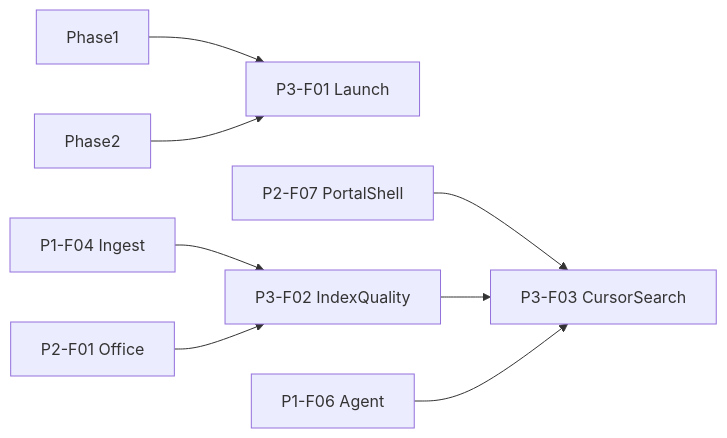
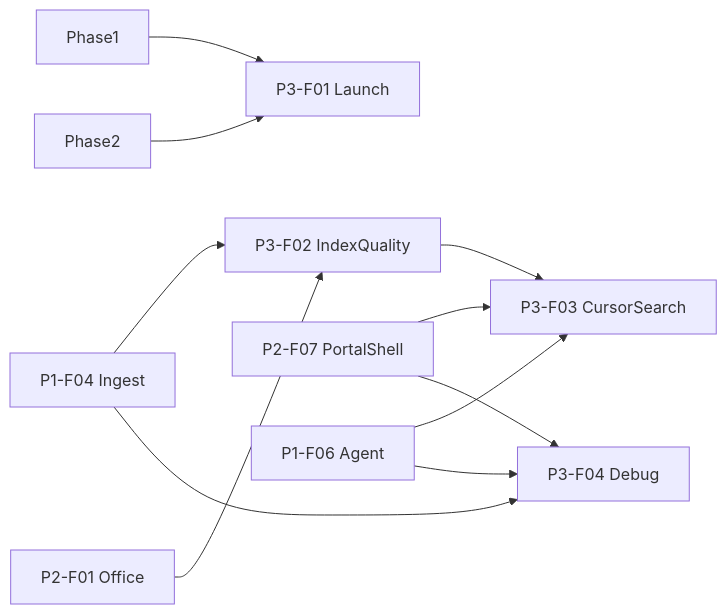
One commit to zmisi/rag-as-service changed the diagram in docs/specs/phase3/01-feature-list.md. Above: the diagram before and after it, drawn with Mermaid. The commit also changed other lines of this file and 8 other files, not shown here.

````diff
--- a/docs/specs/phase3/01-feature-list.md
+++ b/docs/specs/phase3/01-feature-list.md
@@ -13,10 +14,13 @@
 ```mermaid
 flowchart LR
   P1[Phase1] --> P3F01[P3-F01 Launch]
   P2[Phase2] --> P3F01
   P1F04[P1-F04 Ingest] --> P3F02[P3-F02 IndexQuality]
   P2F01[P2-F01 Office] --> P3F02
   P2F07[P2-F07 PortalShell] --> P3F03[P3-F03 CursorSearch]
   P3F02 --> P3F03
   P1F06[P1-F06 Agent] --> P3F03
+  P1F04 --> P3F04[P3-F04 Debug]
+  P1F06 --> P3F04
+  P2F07 --> P3F04
 ```
````
